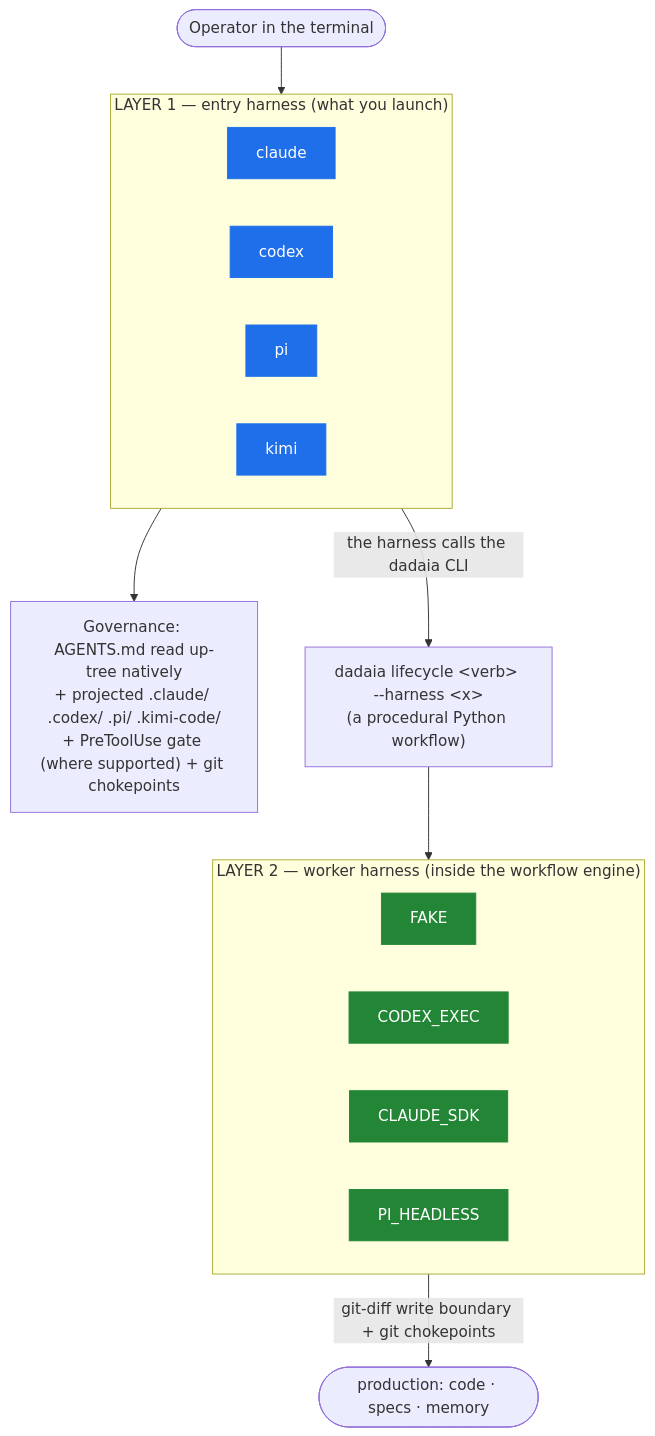
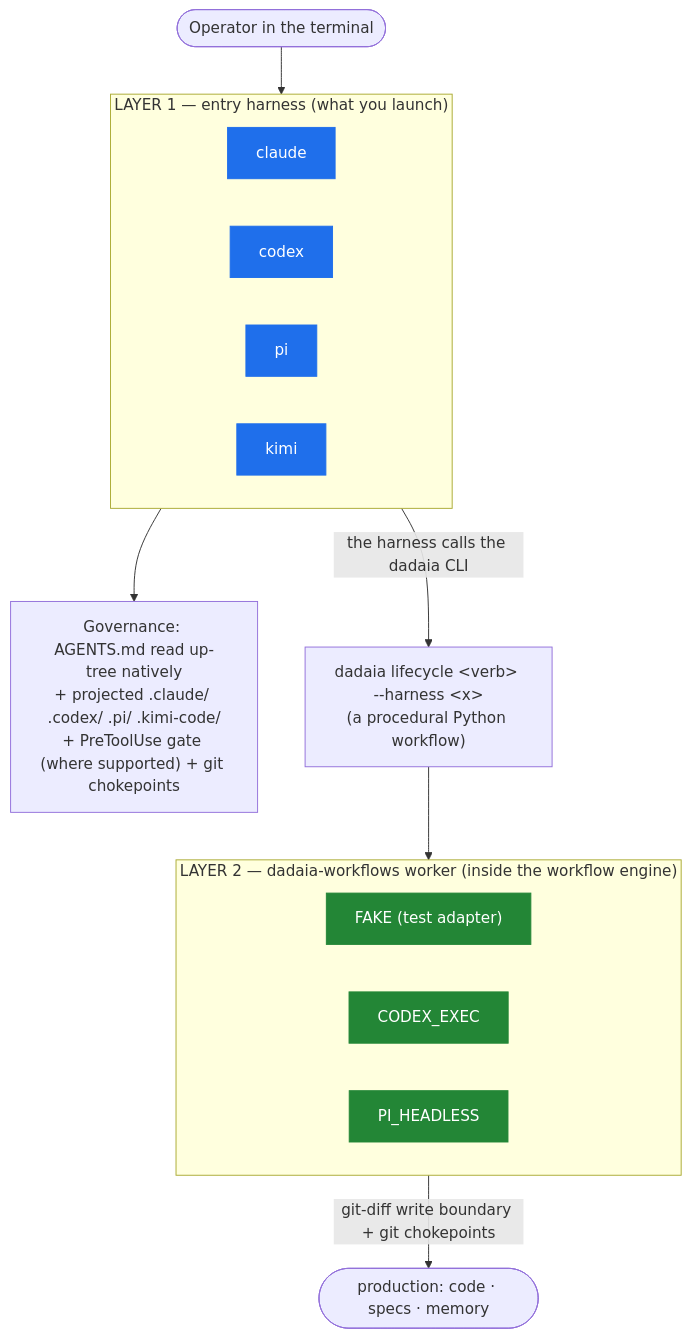
One commit to marcoaureliomenezes/dadaia-workspace changed the first of 2 diagrams in README.md. Above: the diagram before and after it, drawn with Mermaid. The commit also changed other lines of this file, not shown here.

````diff
--- a/README.md
+++ b/README.md
@@ -53,25 +55,24 @@
 ```mermaid
 flowchart TB
     OP(["Operator in the terminal"])
     subgraph L1["LAYER 1 — entry harness (what you launch)"]
         direction LR
         CC["claude"]:::h
         CX["codex"]:::h
         PI["pi"]:::h
         KC["kimi"]:::h
     end
     GOV["Governance: AGENTS.md read up-tree natively<br/>+ projected .claude/ .codex/ .pi/ .kimi-code/<br/>+ PreToolUse gate (where supported) + git chokepoints"]
     CLI["dadaia lifecycle &lt;verb&gt; --harness &lt;x&gt;<br/>(a procedural Python workflow)"]
-    subgraph L2["LAYER 2 — worker harness (inside the workflow engine)"]
+    subgraph L2["LAYER 2 — dadaia-workflows worker (inside the workflow engine)"]
         direction LR
-        FK["FAKE"]:::w
+        FK["FAKE (test adapter)"]:::w
         CXk["CODEX_EXEC"]:::w
-        CLk["CLAUDE_SDK"]:::w
         PIk["PI_HEADLESS"]:::w
     end
     OP --> L1 --> GOV
     L1 -->|"the harness calls the dadaia CLI"| CLI --> L2
     L2 -->|"git-diff write boundary + git chokepoints"| OUT(["production: code · specs · memory"])
     classDef h fill:#1f6feb,color:#fff,stroke:#1f6feb;
     classDef w fill:#238636,color:#fff,stroke:#238636;
 ```
````
